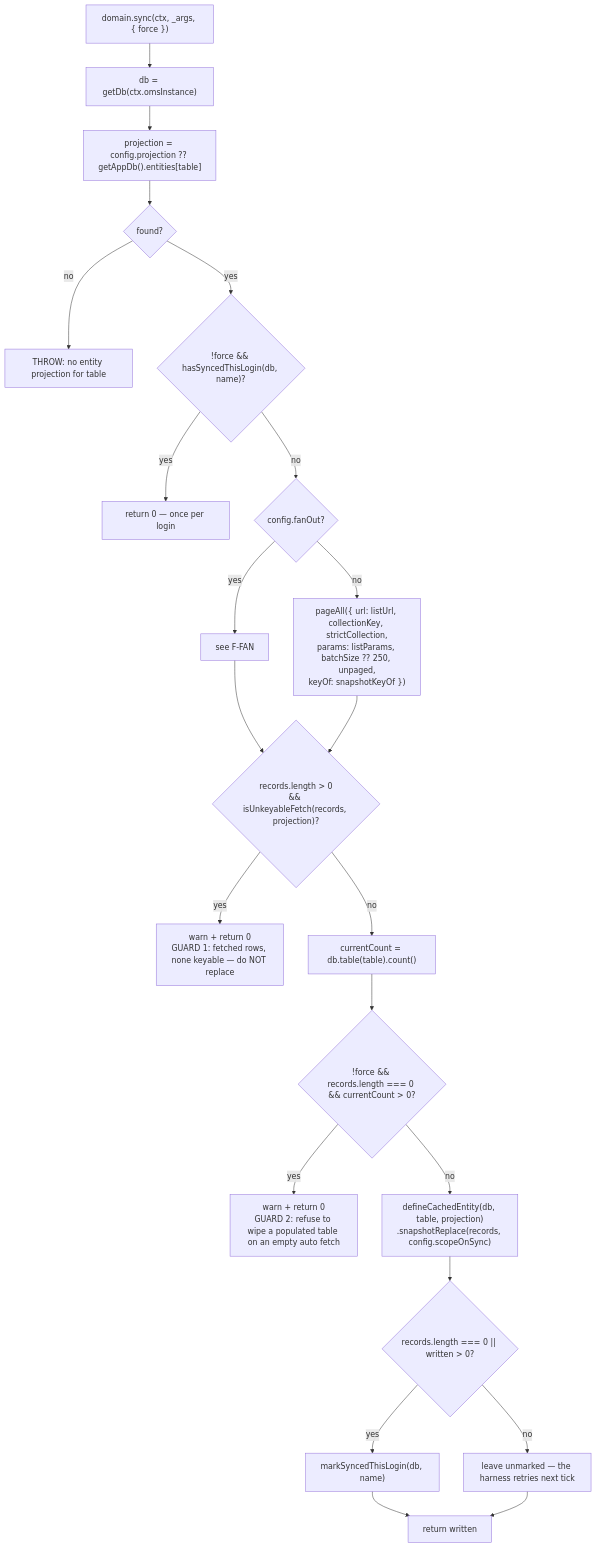
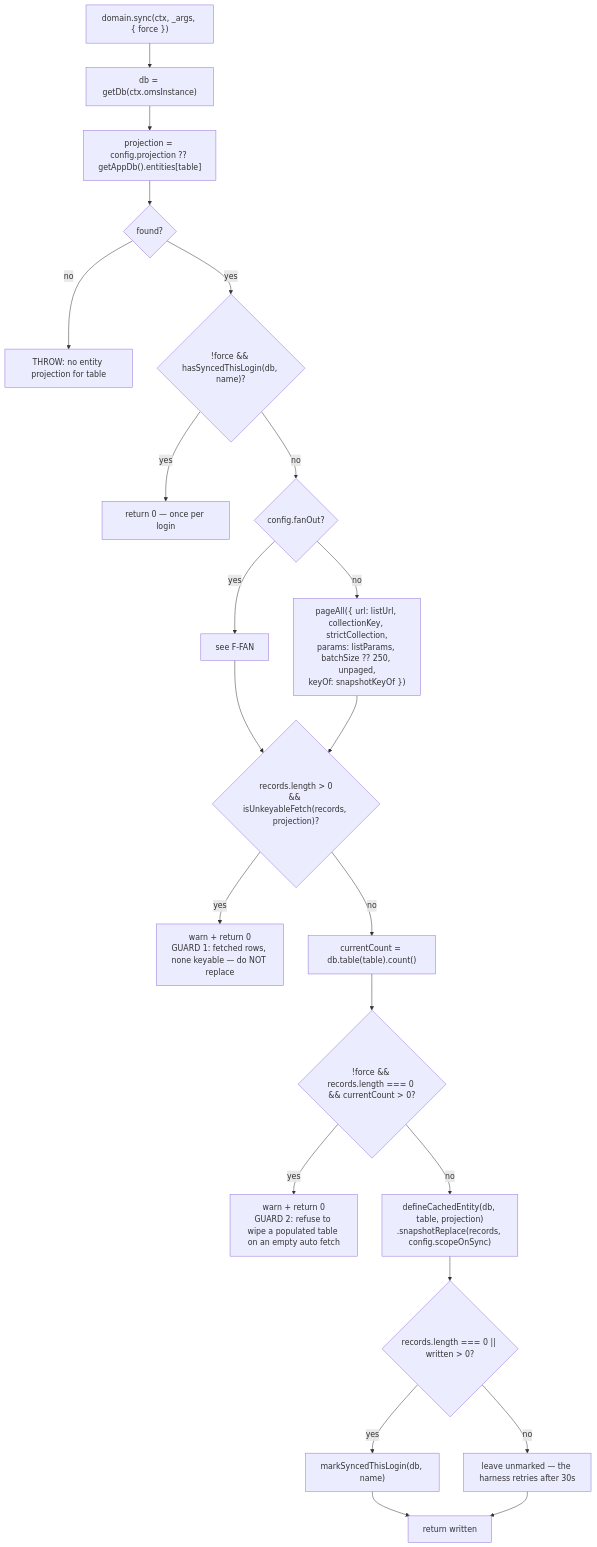
Before and after one commit to hotwax/accxui: diagram 14 of 31 in docs/APP_DB_SYNC_FLOWS.md, drawn with Mermaid. The commit also changed other lines of this file and 2 other files, not shown here.

````diff
--- a/docs/APP_DB_SYNC_FLOWS.md
+++ b/docs/APP_DB_SYNC_FLOWS.md
@@ -496,24 +500,24 @@
 ```mermaid
 flowchart TD
     S["domain.sync(ctx, _args, { force })"] --> DB["db = getDb(ctx.omsInstance)"]
     DB --> PJ["projection = config.projection ?? getAppDb().entities[table]"]
     PJ --> PJQ{"found?"}
     PJQ -- no --> XP["THROW: no entity projection for table"]
     PJQ -- yes --> GUARD{"!force && hasSyncedThisLogin(db, name)?"}
     GUARD -- yes --> Z0["return 0 — once per login"]
     GUARD -- no --> FO{"config.fanOut?"}
     FO -- yes --> FAN["see F-FAN"]
     FO -- no --> PA["pageAll({ url: listUrl, collectionKey, strictCollection,<br/>params: listParams, batchSize ?? 250, unpaged,<br/>keyOf: snapshotKeyOf })"]
     FAN --> UK
     PA --> UK{"records.length > 0<br/>&& isUnkeyableFetch(records, projection)?"}
     UK -- yes --> W1["warn + return 0<br/>GUARD 1: fetched rows, none keyable — do NOT replace"]
     UK -- no --> CNT["currentCount = db.table(table).count()"]
     CNT --> EMPT{"!force && records.length === 0 && currentCount > 0?"}
     EMPT -- yes --> W2["warn + return 0<br/>GUARD 2: refuse to wipe a populated table on an empty auto fetch"]
     EMPT -- no --> REPL["defineCachedEntity(db, table, projection)<br/>.snapshotReplace(records, config.scopeOnSync)"]
     REPL --> MARK{"records.length === 0 || written > 0?"}
     MARK -- yes --> M1["markSyncedThisLogin(db, name)"]
-    MARK -- no --> M2["leave unmarked — the harness retries next tick"]
+    MARK -- no --> M2["leave unmarked — the harness retries after 30s"]
     M1 --> R["return written"]
     M2 --> R
 ```
````
